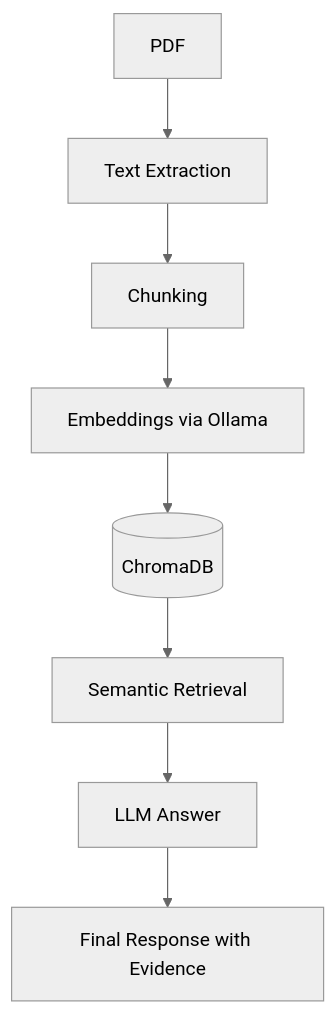
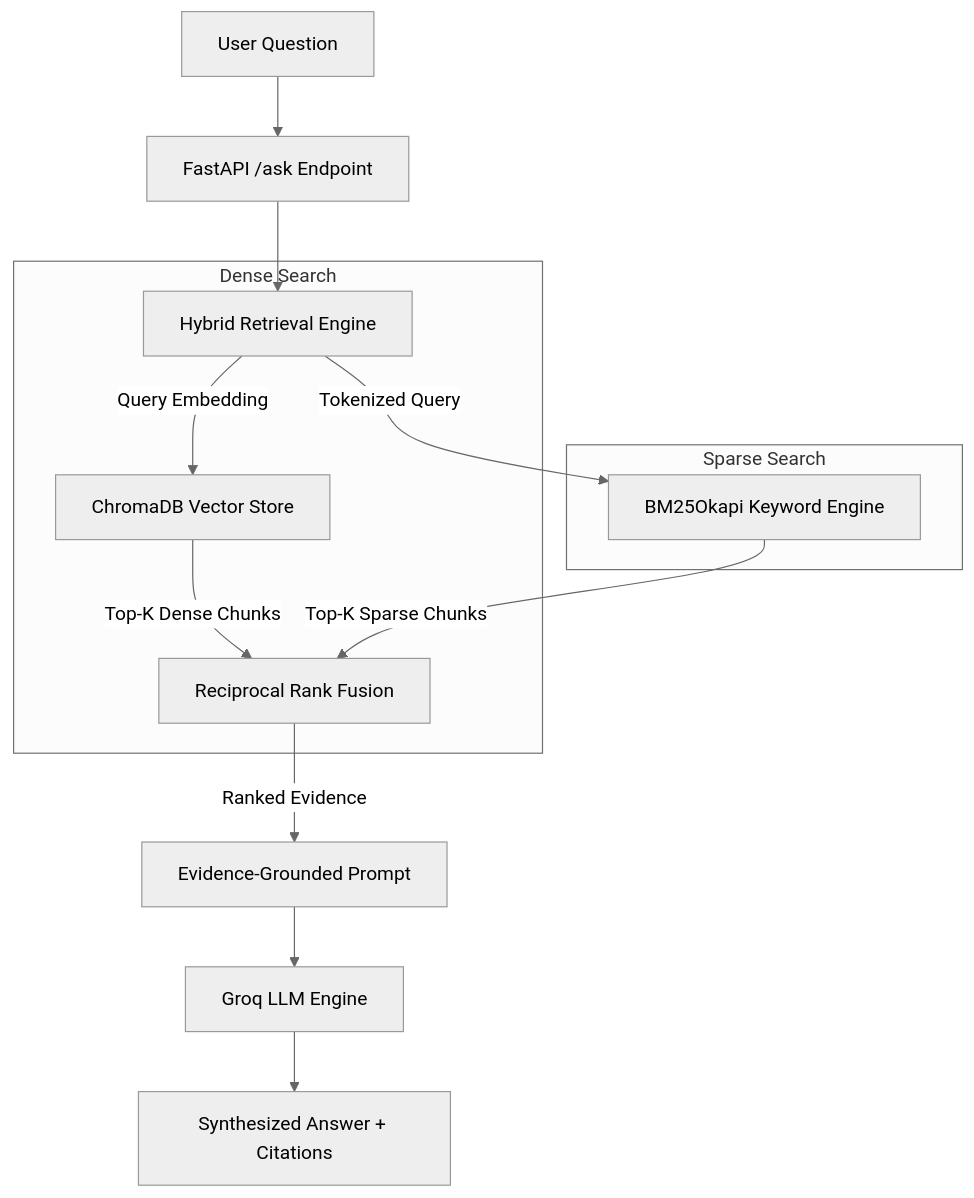
One commit to Spectre206/ResearchPilot changed the first of 4 diagrams in README.md. Above: the diagram before and after it, drawn with Mermaid (neutral theme). The commit also changed other lines of this file and 10 other files, not shown here.

Commit message:
feat: modernize Streamlit UI with custom SVGs, fix Groq model fallback, and resolve chunking boilerplate filters

````diff
--- a/README.md
+++ b/README.md
@@ -72,10 +29,19 @@
 ```mermaid
 flowchart TD
-    A[PDF] --> B[Text Extraction]
-    B --> C[Chunking]
-    C --> D[Embeddings via Ollama]
-    D --> E[(ChromaDB)]
-    E --> F[Semantic Retrieval]
-    F --> G[LLM Answer]
-    G --> H[Final Response with Evidence]
+    UserQuery[User Question] --> API[FastAPI /ask Endpoint]
+    API --> Hybrid[Hybrid Retrieval Engine]
+    
+    subgraph VectorSearch [Dense Search]
+        Hybrid -->|Query Embedding| Chroma[ChromaDB Vector Store]
+        Chroma -->|Top-K Dense Chunks| RRF[Reciprocal Rank Fusion]
+    end
+    
+    subgraph KeywordSearch [Sparse Search]
+        Hybrid -->|Tokenized Query| BM25[BM25Okapi Keyword Engine]
+        BM25 -->|Top-K Sparse Chunks| RRF
+    end
+    
+    RRF -->|Ranked Evidence| Prompt[Evidence-Grounded Prompt]
+    Prompt --> LLM[Groq LLM Engine]
+    LLM --> Answer[Synthesized Answer + Citations]
 ```
````
